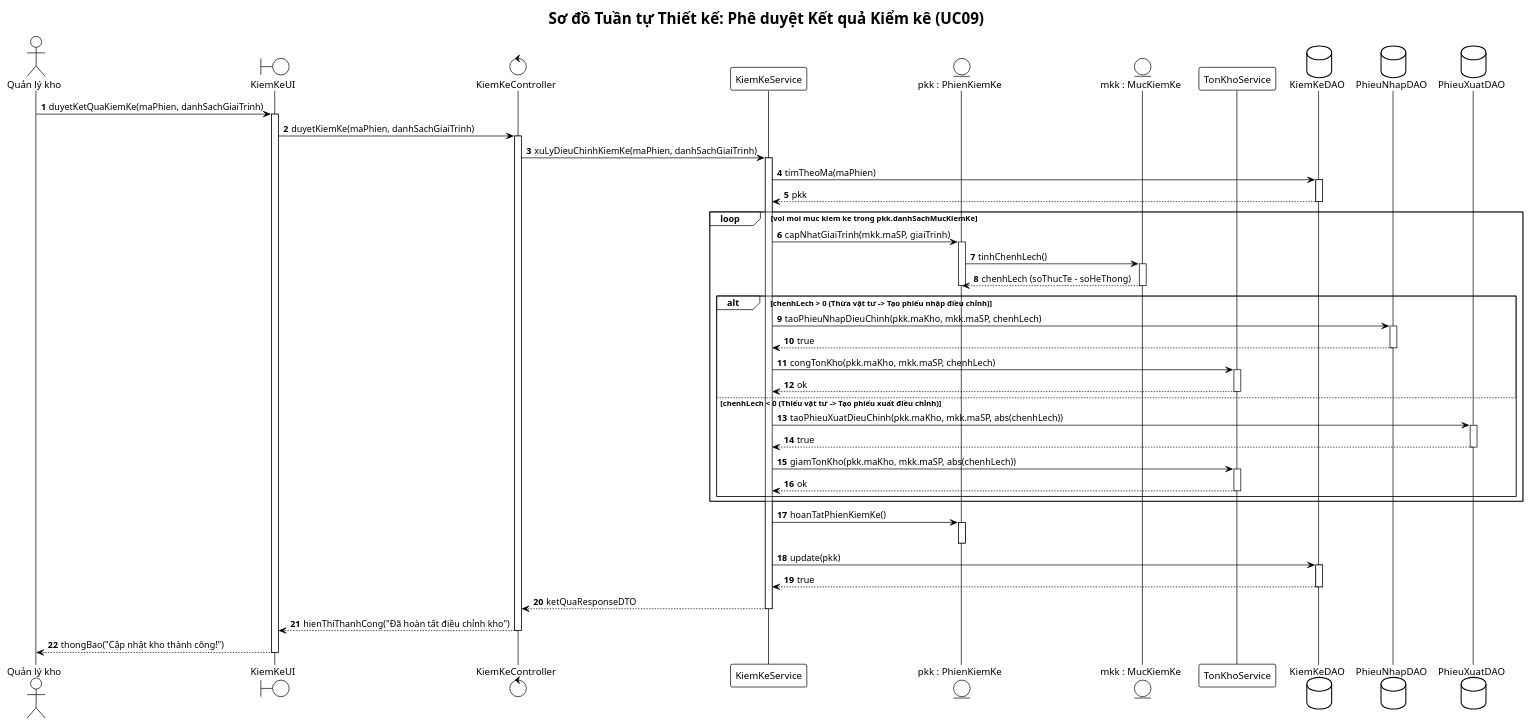
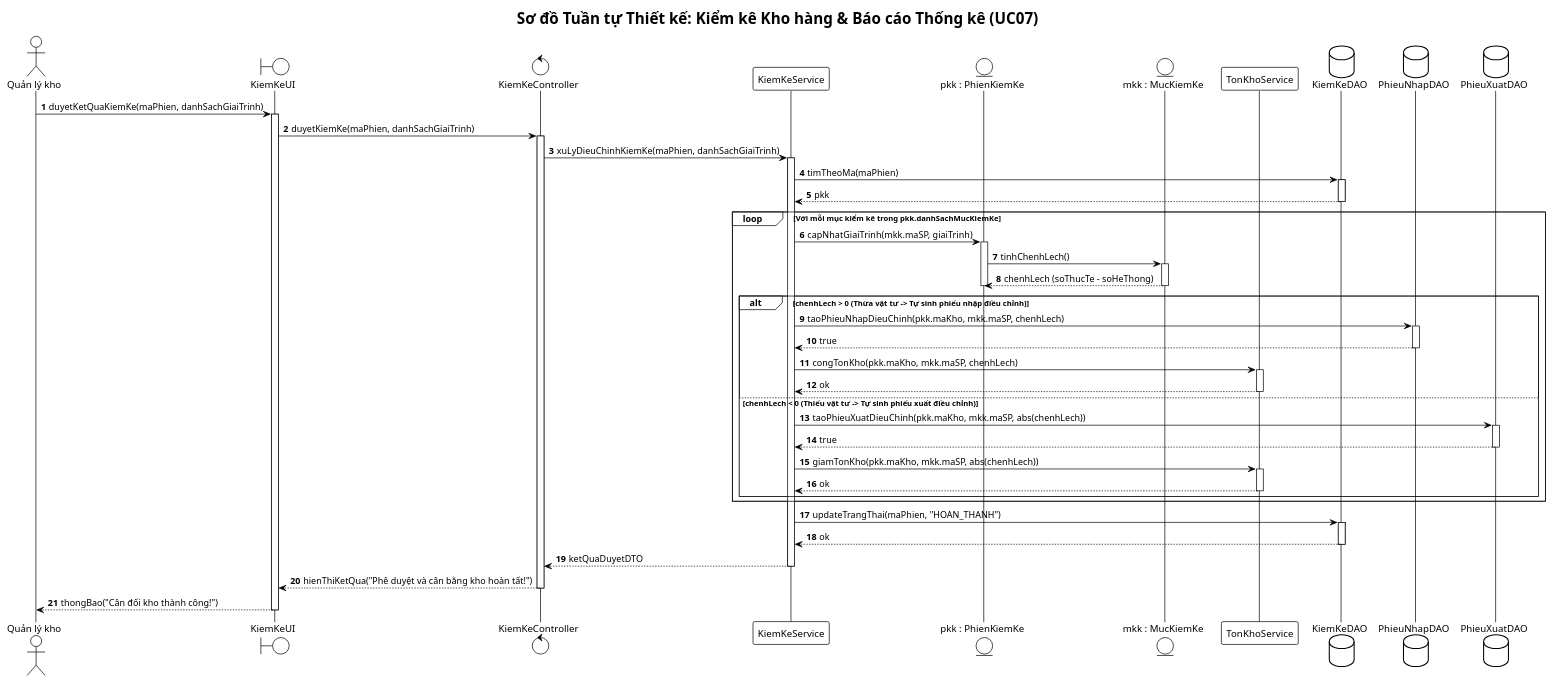
One commit to vuhoabinh2416137/G8_Quanlysanphamvakhohang changed the third of 3 diagrams in BTL-QuanLyKhoHang/plantuml/sequence-diagrams.puml. Above: the diagram before and after it, drawn with PlantUML. The commit also changed other lines of this file and 26 other files, not shown here.

Commit message:
Chuan hoa 07 Use Case cot loi, cap nhat so do UML va tai lieu phan cong nhiem vu

```diff
--- a/BTL-QuanLyKhoHang/plantuml/sequence-diagrams.puml
+++ b/BTL-QuanLyKhoHang/plantuml/sequence-diagrams.puml
@@ -142,80 +142,76 @@
 @startuml sequence-kiem-ke
 !theme plain
 autonumber
 skinparam responseMessageBelowArrow true
 skinparam defaultFontName "Arial"
 
-title Sơ đồ Tuần tự Thiết kế: Phê duyệt Kết quả Kiểm kê (UC09)
+title Sơ đồ Tuần tự Thiết kế: Kiểm kê Kho hàng & Báo cáo Thống kê (UC07)
 
 actor "Quản lý kho" as QLK
 boundary "KiemKeUI" as UI
 control "KiemKeController" as Ctrl
 participant "KiemKeService" as Service
 entity "pkk : PhienKiemKe" as PKK
 entity "mkk : MucKiemKe" as MKK
 participant "TonKhoService" as TKService
 database "KiemKeDAO" as KKDAO
 database "PhieuNhapDAO" as PNDAO
 database "PhieuXuatDAO" as PXDAO
 
 QLK -> UI: duyetKetQuaKiemKe(maPhien, danhSachGiaiTrinh)
 activate UI
 UI -> Ctrl: duyetKiemKe(maPhien, danhSachGiaiTrinh)
 activate Ctrl
 
 Ctrl -> Service: xuLyDieuChinhKiemKe(maPhien, danhSachGiaiTrinh)
 activate Service
 
 Service -> KKDAO: timTheoMa(maPhien)
 activate KKDAO
 KKDAO --> Service: pkk
 deactivate KKDAO
 
-loop voi moi muc kiem ke trong pkk.danhSachMucKiemKe
+loop Với mỗi mục kiểm kê trong pkk.danhSachMucKiemKe
     Service -> PKK: capNhatGiaiTrinh(mkk.maSP, giaiTrinh)
     activate PKK
     PKK -> MKK: tinhChenhLech()
     activate MKK
     MKK --> PKK: chenhLech (soThucTe - soHeThong)
     deactivate MKK
     deactivate PKK
     
-    alt chenhLech > 0 (Thừa vật tư -> Tạo phiếu nhập điều chỉnh)
+    alt chenhLech > 0 (Thừa vật tư -> Tự sinh phiếu nhập điều chỉnh)
         Service -> PNDAO: taoPhieuNhapDieuChinh(pkk.maKho, mkk.maSP, chenhLech)
         activate PNDAO
         PNDAO --> Service: true
         deactivate PNDAO
         Service -> TKService: congTonKho(pkk.maKho, mkk.maSP, chenhLech)
         activate TKService
         TKService --> Service: ok
         deactivate TKService
-    else chenhLech < 0 (Thiếu vật tư -> Tạo phiếu xuất điều chỉnh)
+    else chenhLech < 0 (Thiếu vật tư -> Tự sinh phiếu xuất điều chỉnh)
         Service -> PXDAO: taoPhieuXuatDieuChinh(pkk.maKho, mkk.maSP, abs(chenhLech))
         activate PXDAO
         PXDAO --> Service: true
         deactivate PXDAO
         Service -> TKService: giamTonKho(pkk.maKho, mkk.maSP, abs(chenhLech))
         activate TKService
         TKService --> Service: ok
         deactivate TKService
     end
 end
 
-Service -> PKK: hoanTatPhienKiemKe()
-activate PKK
-deactivate PKK
-
-Service -> KKDAO: update(pkk)
+Service -> KKDAO: updateTrangThai(maPhien, "HOAN_THANH")
 activate KKDAO
-KKDAO --> Service: true
+KKDAO --> Service: ok
 deactivate KKDAO
 
-Service --> Ctrl: ketQuaResponseDTO
+Service --> Ctrl: ketQuaDuyetDTO
 deactivate Service
 
-Ctrl --> UI: hienThiThanhCong("Đã hoàn tất điều chỉnh kho")
+Ctrl --> UI: hienThiKetQua("Phê duyệt và cân bằng kho hoàn tất!")
 deactivate Ctrl
 
-UI --> QLK: thongBao("Cập nhật kho thành công!")
+UI --> QLK: thongBao("Cân đối kho thành công!")
 deactivate UI
 @enduml
```
